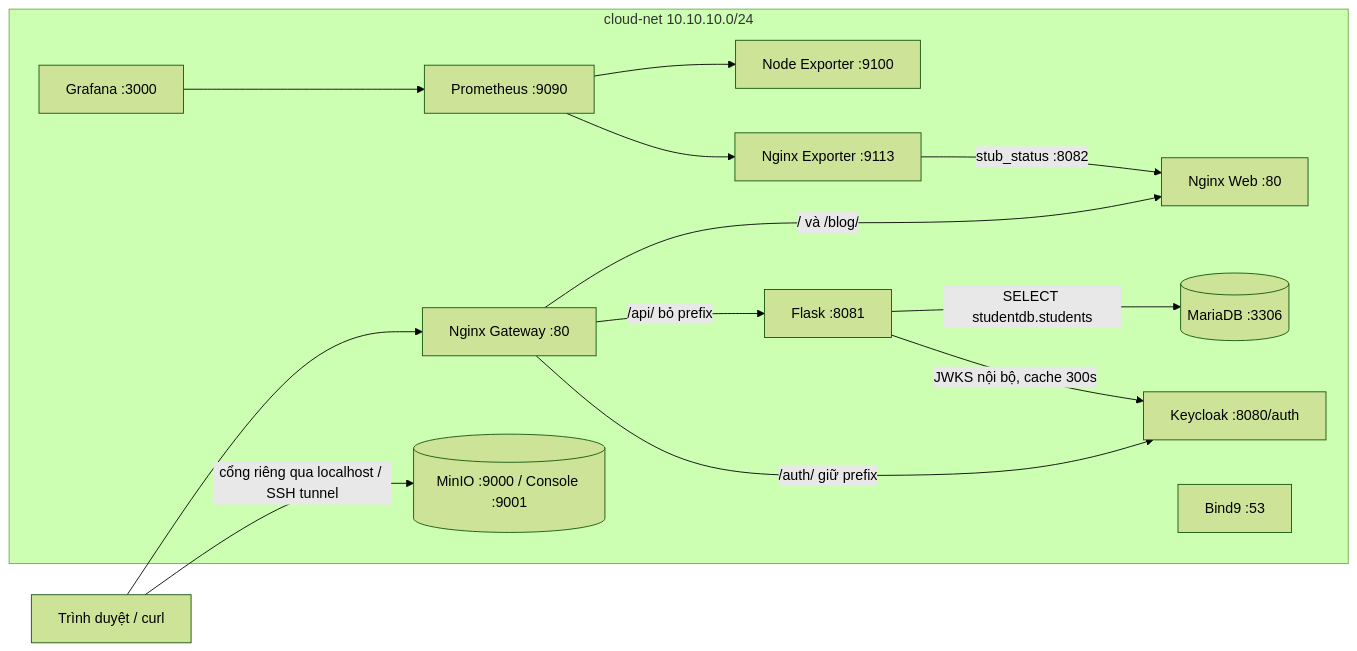
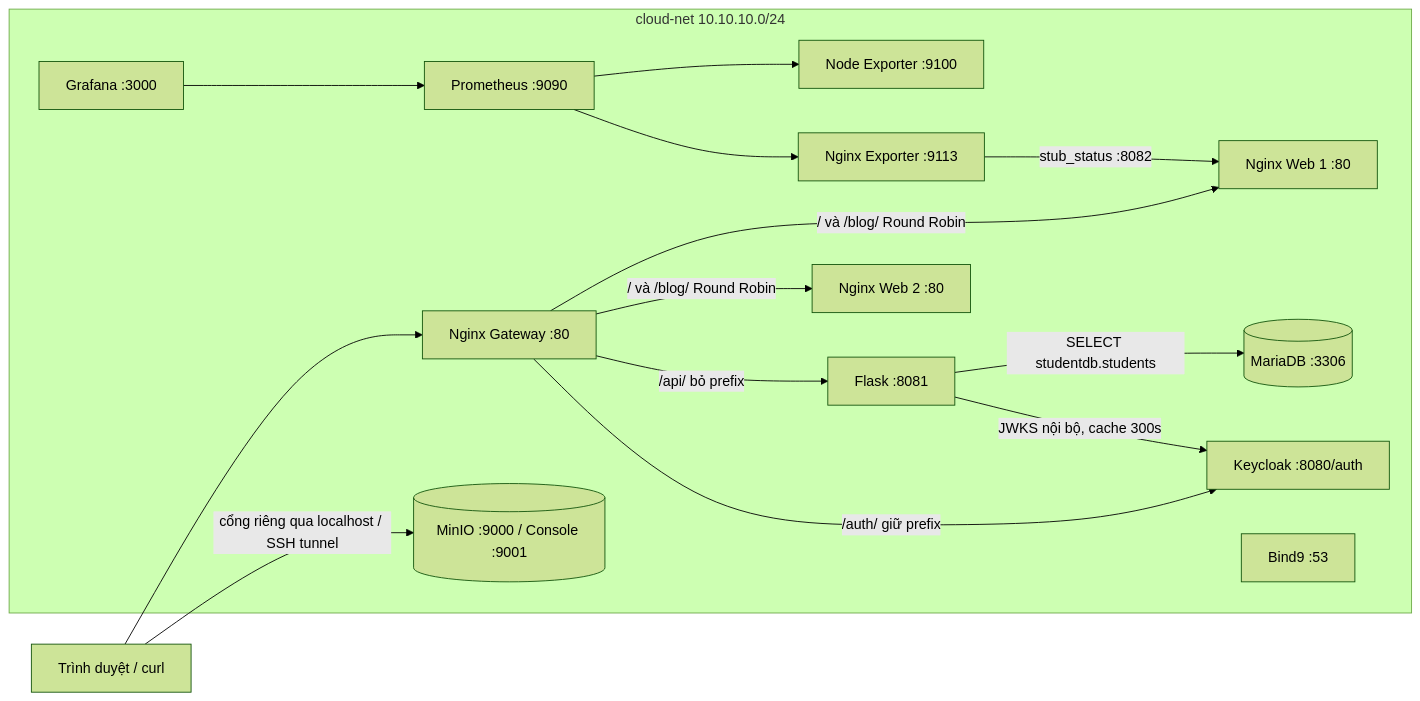
One commit to datphan3201/TDTU-CLOUD-2026 changed the diagram in docs/ARCHITECTURE.md. Above: the diagram before and after it, drawn with Mermaid (forest theme). The commit also changed other lines of this file, not shown here.

Commit message:
docs: show both web replicas in deployed architecture

````diff
--- a/docs/ARCHITECTURE.md
+++ b/docs/ARCHITECTURE.md
@@ -7,18 +7,19 @@
 ```mermaid
 flowchart LR
     browser[Trình duyệt / curl] --> gateway[Nginx Gateway :80]
     subgraph cloud-net [cloud-net 10.10.10.0/24]
-        gateway -->|/ và /blog/| web[Nginx Web :80]
+        gateway -->|/ và /blog/ Round Robin| web1[Nginx Web 1 :80]
+        gateway -->|/ và /blog/ Round Robin| web2[Nginx Web 2 :80]
         gateway -->|/api/ bỏ prefix| app[Flask :8081]
         gateway -->|/auth/ giữ prefix| auth[Keycloak :8080/auth]
         app -->|SELECT studentdb.students| db[(MariaDB :3306)]
         app -->|JWKS nội bộ, cache 300s| auth
         dns[Bind9 :53]
         storage[(MinIO :9000 / Console :9001)]
         prom[Prometheus :9090] --> node[Node Exporter :9100]
         prom --> exporter[Nginx Exporter :9113]
-        exporter -->|stub_status :8082| web
+        exporter -->|stub_status :8082| web1
         grafana[Grafana :3000] --> prom
     end
     browser -->|cổng riêng qua localhost / SSH tunnel| storage
 ```
````
